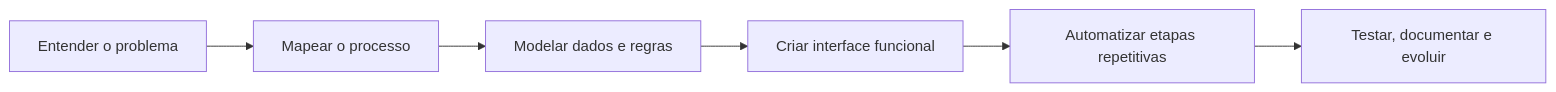
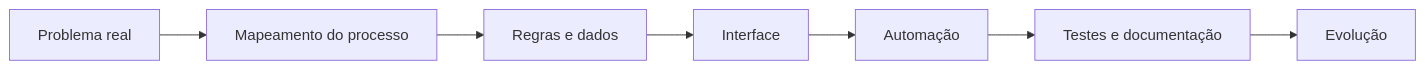
The diagram in README.md (DevOPhost/DevOPhost), drawn with Mermaid before and after one commit. The commit also changed other lines of this file, not shown here.

````diff
--- a/README.md
+++ b/README.md
@@ -118,8 +105,9 @@
 ```mermaid
 flowchart LR
-    A[Entender o problema] --> B[Mapear o processo]
-    B --> C[Modelar dados e regras]
-    C --> D[Criar interface funcional]
-    D --> E[Automatizar etapas repetitivas]
-    E --> F[Testar, documentar e evoluir]
+    A["Problema real"] --> B["Mapeamento do processo"]
+    B --> C["Regras e dados"]
+    C --> D["Interface"]
+    D --> E["Automação"]
+    E --> F["Testes e documentação"]
+    F --> G["Evolução"]
 ```
````
